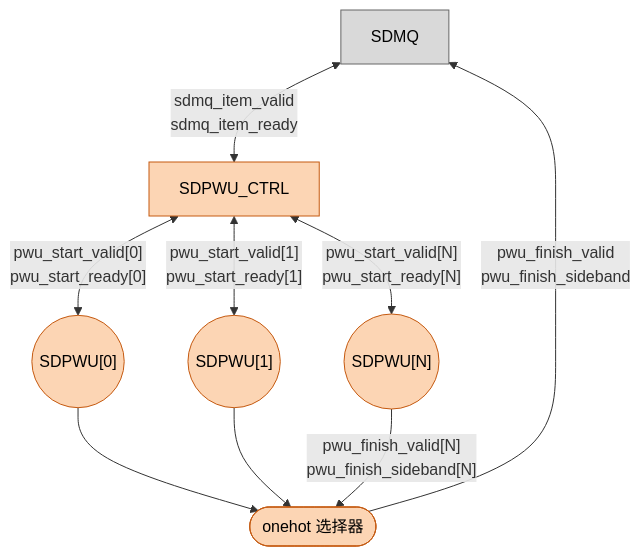
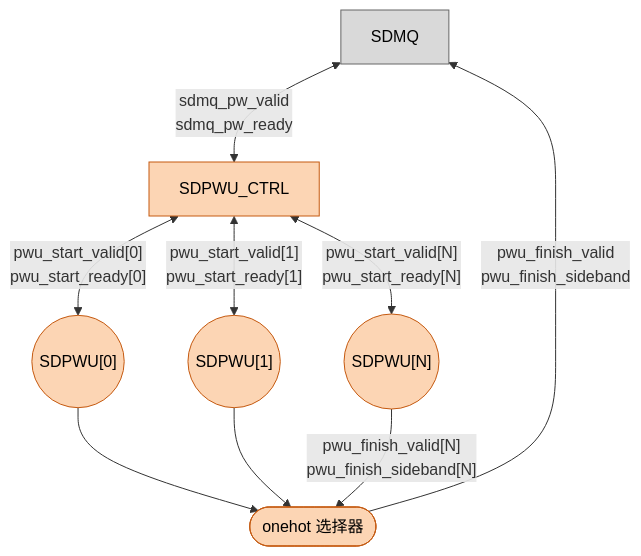
One commit to DuBirdFly/C1_SDecoder changed the third of 8 diagrams in doc/design_plan/SDecoder 设计方案 v1.0.md. Above: the diagram before and after it, drawn with Mermaid. The commit also changed other lines of this file, not shown here.

````diff
--- a/doc/design_plan/SDecoder 设计方案 v1.0.md
+++ b/doc/design_plan/SDecoder 设计方案 v1.0.md
@@ -313,21 +315,21 @@
 ```mermaid
 flowchart TD
     SDMQ["SDMQ"]
     CTRL["SDPWU_CTRL"]
     SDPWU0(("SDPWU[0]"))
     SDPWU1(("SDPWU[1]"))
     SDPWUN(("SDPWU[N]"))
     SEL(["onehot 选择器"])
-    SDMQ <-->|"sdmq_item_valid<br/>sdmq_item_ready"| CTRL
+    SDMQ <-->|"sdmq_pw_valid<br/>sdmq_pw_ready"| CTRL
     CTRL <-->|"pwu_start_valid[0]<br/>pwu_start_ready[0]"| SDPWU0
     CTRL <-->|"pwu_start_valid[1]<br/>pwu_start_ready[1]"| SDPWU1
     CTRL <-->|"pwu_start_valid[N]<br/>pwu_start_ready[N]"| SDPWUN
     SDPWU0 --> SEL
     SDPWU1 --> SEL
     SDPWUN -->|"pwu_finish_valid[N]<br/>pwu_finish_sideband[N]"| SEL
     SEL -->|"pwu_finish_valid<br/>pwu_finish_sideband"| SDMQ
     classDef gray fill:#d9d9d9,stroke:#666666,color:#000000
     classDef orange fill:#fcd5b4,stroke:#c55a11,color:#000000
     class SDMQ gray
     class CTRL,SDPWU0,SDPWU1,SDPWUN,SEL orange
 ```
````
